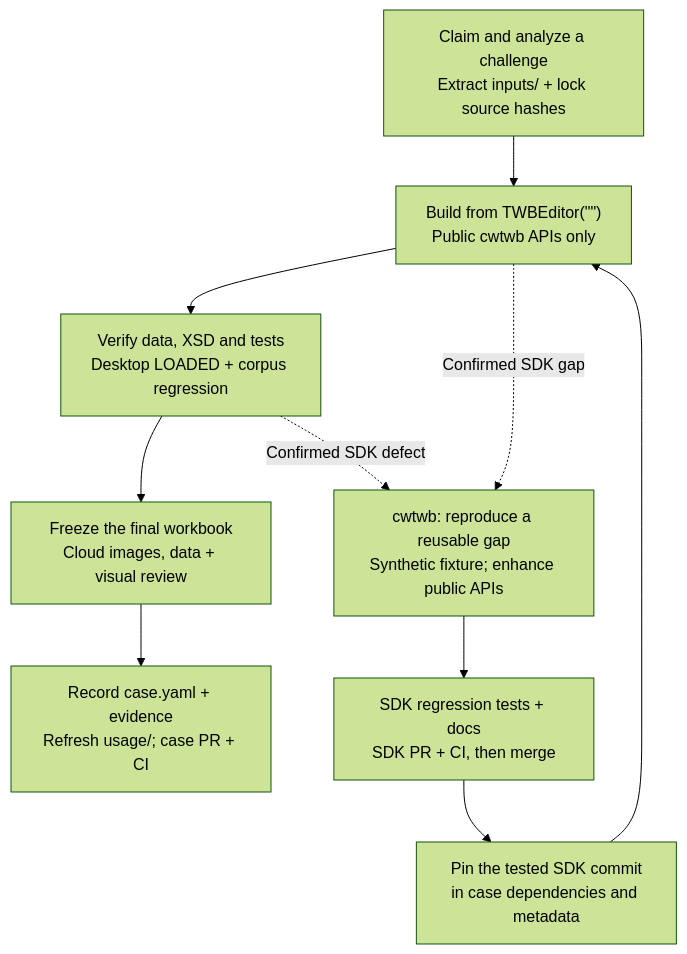
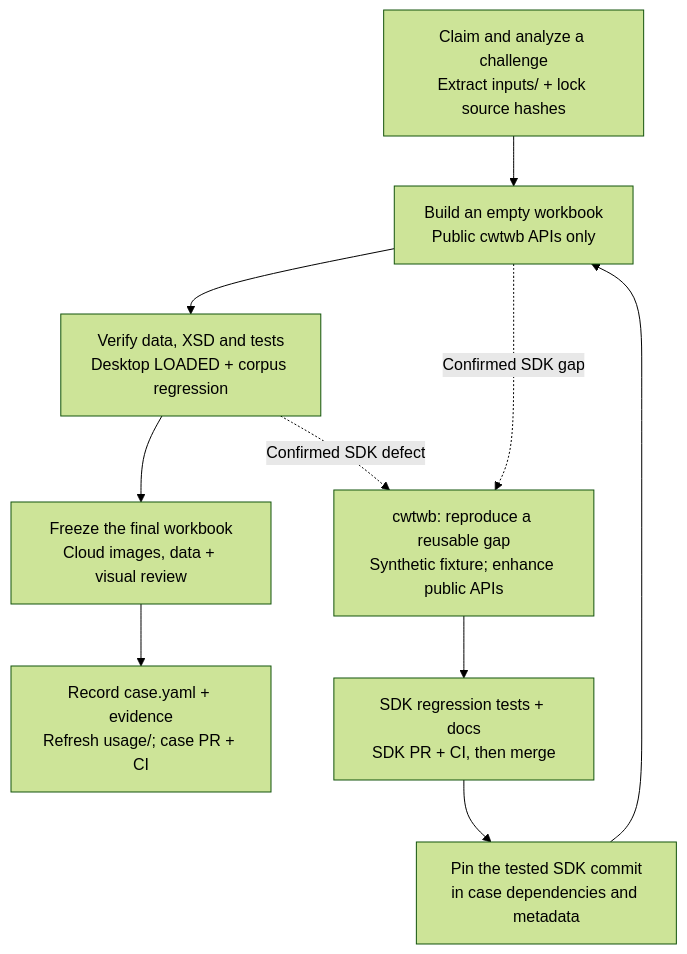
The diagram in README.md (aidatacooper/wow-tableau-problem-solving), drawn with Mermaid (forest theme) before and after one commit. The commit also changed other lines of this file, not shown here.

Commit message:
fix(docs): avoid decoded quotes in Mermaid labels

````diff
--- a/README.md
+++ b/README.md
@@ -23,17 +23,17 @@
 ```mermaid
 flowchart TD
     source["Claim and analyze a challenge<br/>Extract inputs/ + lock source hashes"]
-    build["Build from TWBEditor(&quot;&quot;)<br/>Public cwtwb APIs only"]
+    build["Build an empty workbook<br/>Public cwtwb APIs only"]
     checks["Verify data, XSD and tests<br/>Desktop LOADED + corpus regression"]
     cloud["Freeze the final workbook<br/>Cloud images, data + visual review"]
     record["Record case.yaml + evidence<br/>Refresh usage/; case PR + CI"]
     source --> build --> checks --> cloud --> record
 
     gap["cwtwb: reproduce a reusable gap<br/>Synthetic fixture; enhance public APIs"]
     release["SDK regression tests + docs<br/>SDK PR + CI, then merge"]
     build -. "Confirmed SDK gap" .-> gap
     checks -. "Confirmed SDK defect" .-> gap
     gap --> release
     release --> pin["Pin the tested SDK commit<br/>in case dependencies and metadata"]
     pin --> build
 ```
````
